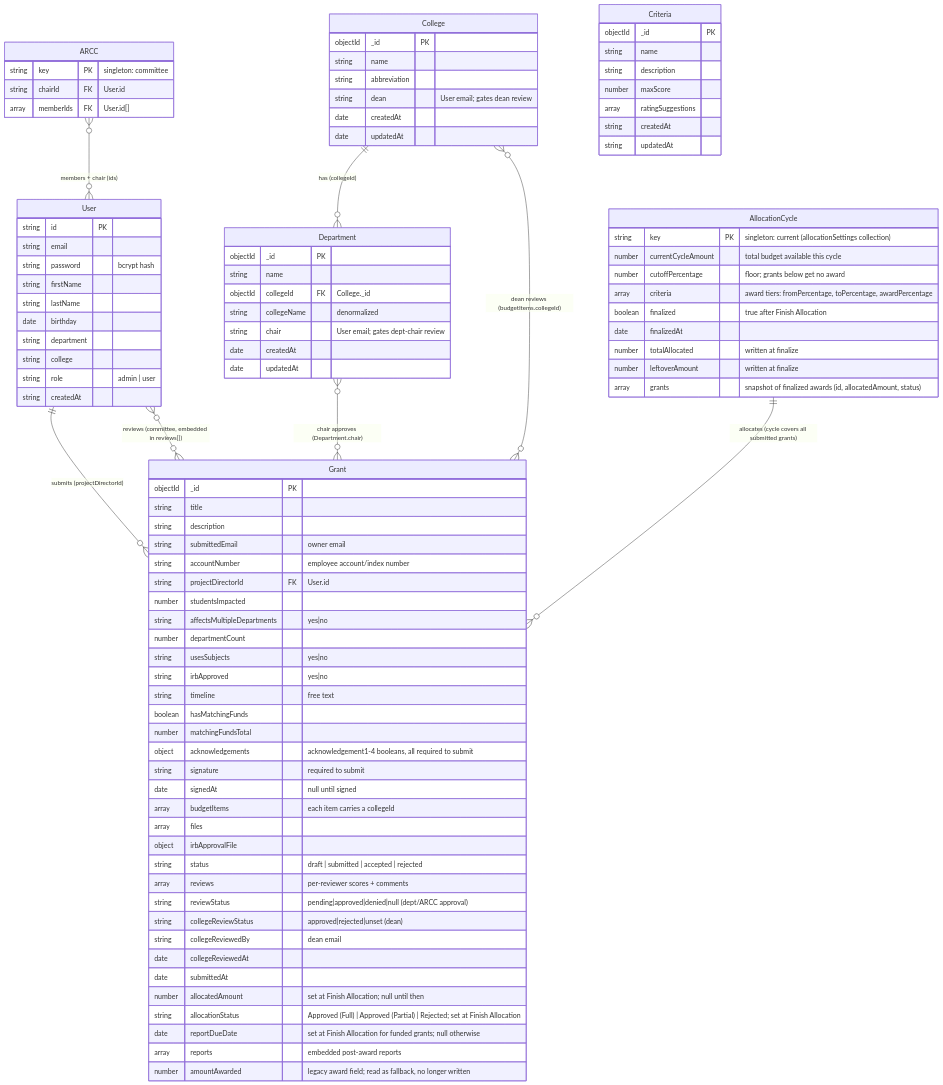
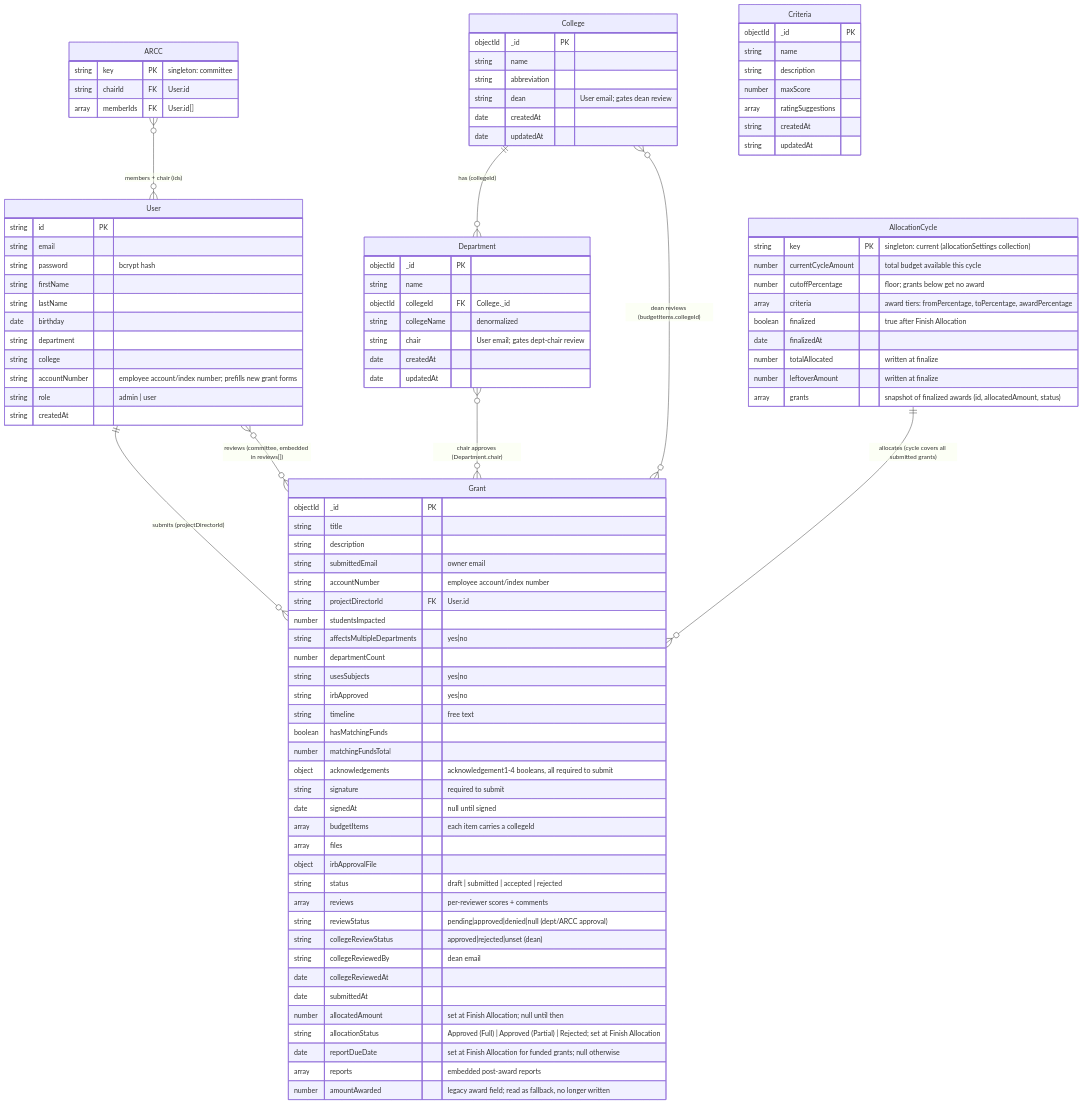
The diagram in docs/data-model.md (jayantiacharya/grant-management-system), drawn with Mermaid before and after one commit. The commit also changed 2 other files, not shown here.

Commit message:
docs: sync account number and allocation current state

```diff
--- a/docs/data-model.md
+++ b/docs/data-model.md
@@ -23,6 +23,7 @@
         date birthday
         string department
         string college
+        string accountNumber "employee account/index number; prefills new grant forms"
         string role "admin | user"
         string createdAt
     }
```
